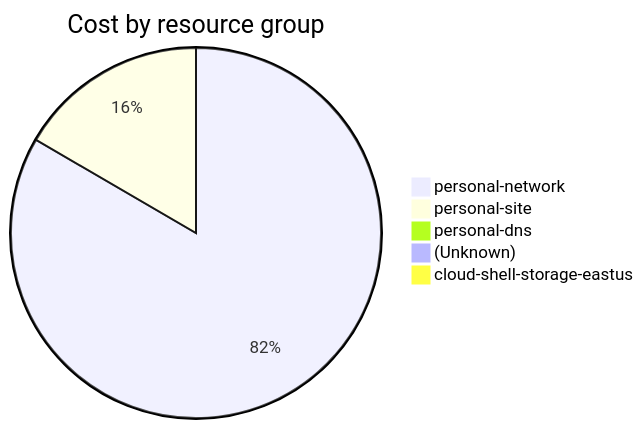
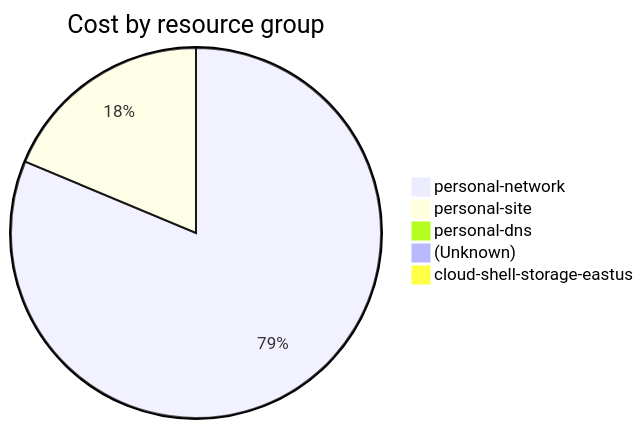
Before and after one commit to jpfulton/azure-personal-reports: the fourth of 4 diagrams in cost-reports/accumulated-cost.md, drawn with Mermaid. The commit also changed other lines of this file and 4 other files, not shown here.

````diff
--- a/cost-reports/accumulated-cost.md
+++ b/cost-reports/accumulated-cost.md
@@ -155,9 +155,9 @@
 ```mermaid
 pie
    title Cost by resource group
-   "personal-network" : 5.47
-   "personal-site" : 1.09
-   "personal-dns" : 0.06
-   "(Unknown)" : 0.06
-   "cloud-shell-storage-eastus" : 0.02
+   "personal-network" : 7.22
+   "personal-site" : 1.66
+   "personal-dns" : 0.09
+   "(Unknown)" : 0.09
+   "cloud-shell-storage-eastus" : 0.03
 ```
````
